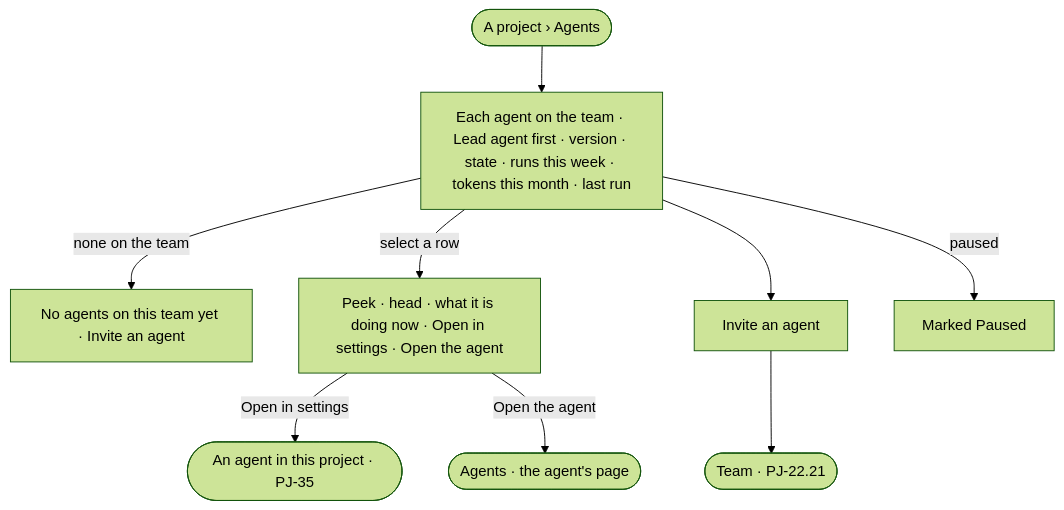
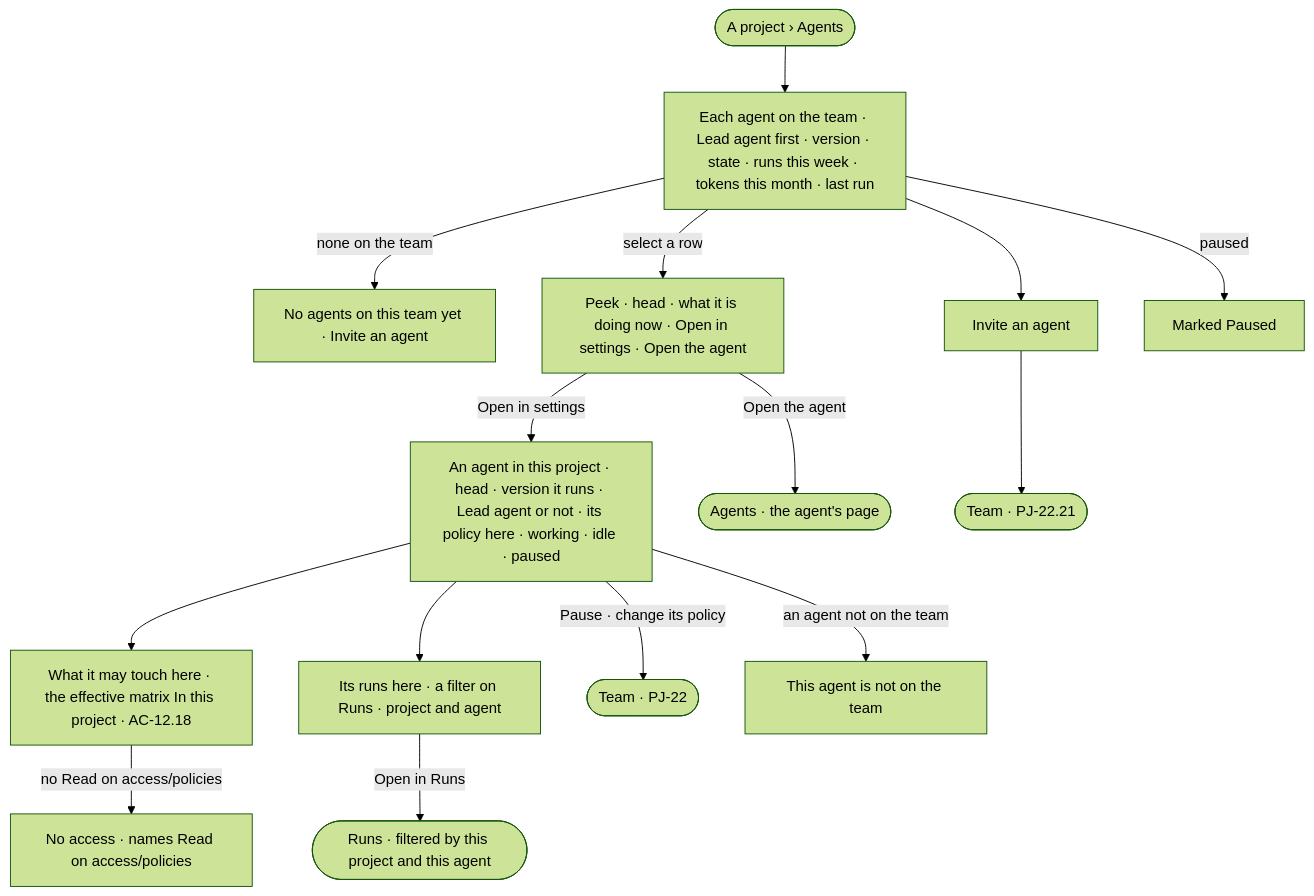
The diagram in specs/capabilities/projects/features/PJ-F08-project-settings/stories/PJ-37-see-the-agents-in-a-project/story.md (invana/invana), drawn with Mermaid (forest theme) before and after one commit. The commit also changed other lines of this file and 156 other files, not shown here.

Commit message:
wip(platform-design-3): P02 · steps 1-4 — section 4, E2E sweep, merges, flow boards, journeys

````diff
--- a/specs/capabilities/projects/features/PJ-F08-project-settings/stories/PJ-37-see-the-agents-in-a-project/story.md
+++ b/specs/capabilities/projects/features/PJ-F08-project-settings/stories/PJ-37-see-the-agents-in-a-project/story.md
@@ -27,10 +27,16 @@
 ```mermaid
 flowchart TD
   s([A project › Agents]) --> l["Each agent on the team · Lead agent first · version · state · runs this week · tokens this month · last run"]
   l -->|none on the team| ne["No agents on this team yet · Invite an agent"]
   l -->|select a row| pk["Peek · head · what it is doing now · Open in settings · Open the agent"]
-  pk -->|Open in settings| st(["An agent in this project · PJ-35"])
+  pk -->|Open in settings| st["An agent in this project · head · version it runs · Lead agent or not · its policy here · working · idle · paused"]
   pk -->|Open the agent| ag(["Agents · the agent's page"])
+  st --> m["What it may touch here · the effective matrix In this project · AC-12.18"]
+  m -->|no Read on access/policies| na["No access · names Read on access/policies"]
+  st --> r["Its runs here · a filter on Runs · project and agent"]
+  r -->|Open in Runs| rr(["Runs · filtered by this project and this agent"])
+  st -->|Pause · change its policy| tm(["Team · PJ-22"])
+  st -->|an agent not on the team| nf["This agent is not on the team"]
   l --> inv["Invite an agent"] --> t(["Team · PJ-22.21"])
   l -->|paused| ps["Marked Paused"]
 ```
````
